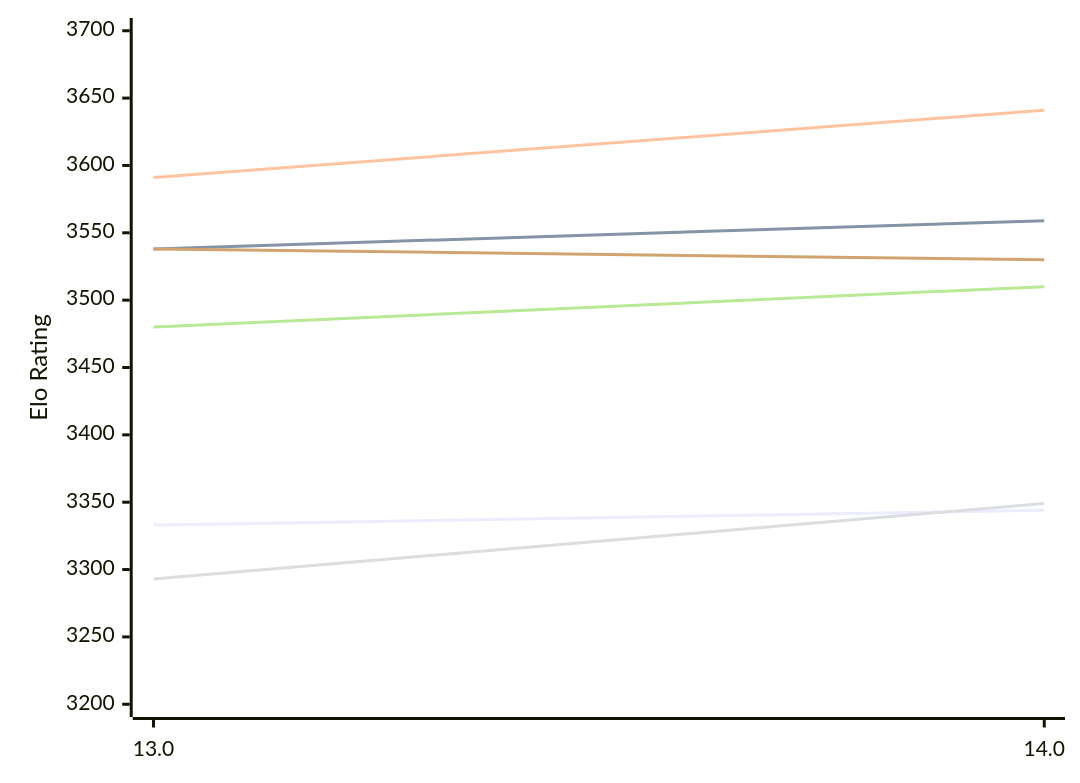
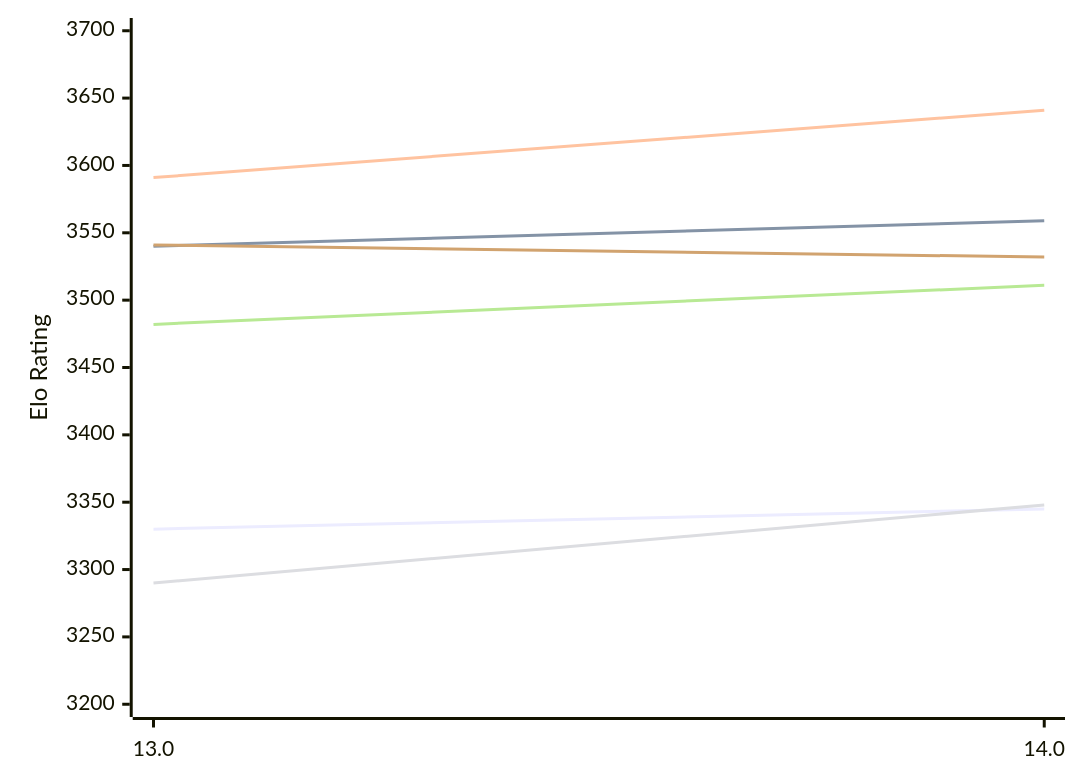
The first of 2 diagrams in engines/Tcheran.md (computer-chess-index/cci), drawn with Mermaid before and after one commit. The commit also changed other lines of this file, not shown here.

Commit message:
Update CCI Ratings (ELO VLTC) - 2026-11-17

````diff
--- a/engines/Tcheran.md
+++ b/engines/Tcheran.md
@@ -55,12 +55,12 @@
 ```mermaid
 %%{init: {"theme":"base","themeVariables":{"seriesColors:['#a3a3a3','#222221','#faa371']}}}%%
 xychart-beta
   x-axis ["13.0", "14.0"]
   y-axis "Elo Rating" 3200 --> 3700
-  line "E1: STC (8.0+0.08s)" [3333, 3344]
-  line "E1: LTC (60.0+0.60s)" [3538, 3559]
+  line "E1: STC (8.0+0.08s)" [3330, 3345]
+  line "E1: LTC (60.0+0.60s)" [3540, 3559]
   line "E1: VLTC (2m24s+1.12s)" [3591, 3641]
-  line "P1: STC (8.0+0.08s)" [3293, 3349]
-  line "P1: LTC (60.0+0.60s)" [3480, 3510]
-  line "P1: VLTC (2m24s+1.12s)" [3538, 3530]
+  line "P1: STC (8.0+0.08s)" [3290, 3348]
+  line "P1: LTC (60.0+0.60s)" [3482, 3511]
+  line "P1: VLTC (2m24s+1.12s)" [3541, 3532]
 ```
````
